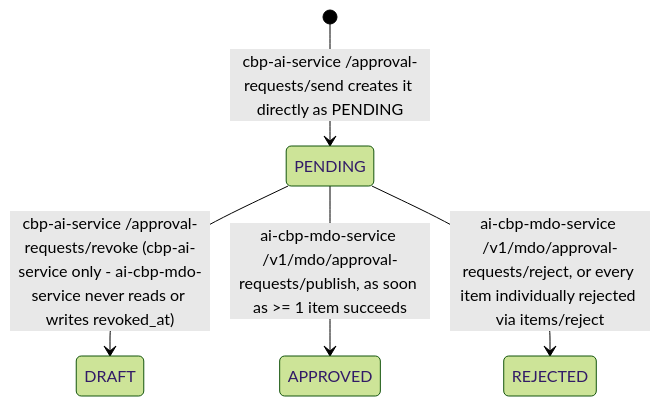
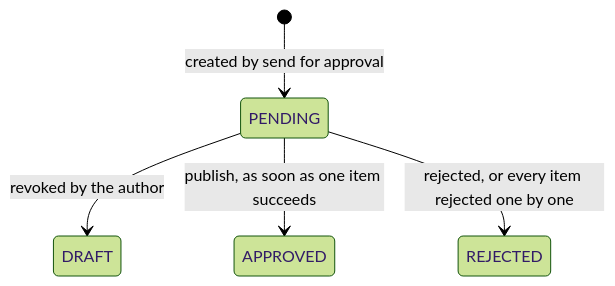
Before and after one commit to KB-iGOT/igot-docs: the tenth of 12 diagrams in docs/learning-hub/ai-cbp-tool/lld.md, drawn with Mermaid (forest theme). The commit also changed other lines of this file and 18 other files, not shown here.

First line of the commit message:
docs(ai-cbp-tool): restructure the LLD with validation flows and real routes

````diff
--- a/docs/learning-hub/ai-cbp-tool/lld.md
+++ b/docs/learning-hub/ai-cbp-tool/lld.md
@@ -274,7 +650,7 @@
 ```mermaid
 stateDiagram-v2
-    [*] --> PENDING: cbp-ai-service /approval-requests/send creates it directly as PENDING
-    PENDING --> DRAFT: cbp-ai-service /approval-requests/revoke (cbp-ai-service only - ai-cbp-mdo-service never reads or writes revoked_at)
-    PENDING --> APPROVED: ai-cbp-mdo-service /v1/mdo/approval-requests/publish, as soon as >= 1 item succeeds
-    PENDING --> REJECTED: ai-cbp-mdo-service /v1/mdo/approval-requests/reject, or every item individually rejected via items/reject
+    [*] --> PENDING: created by send for approval
+    PENDING --> DRAFT: revoked by the author
+    PENDING --> APPROVED: publish, as soon as one item succeeds
+    PENDING --> REJECTED: rejected, or every item rejected one by one
 ```
````
